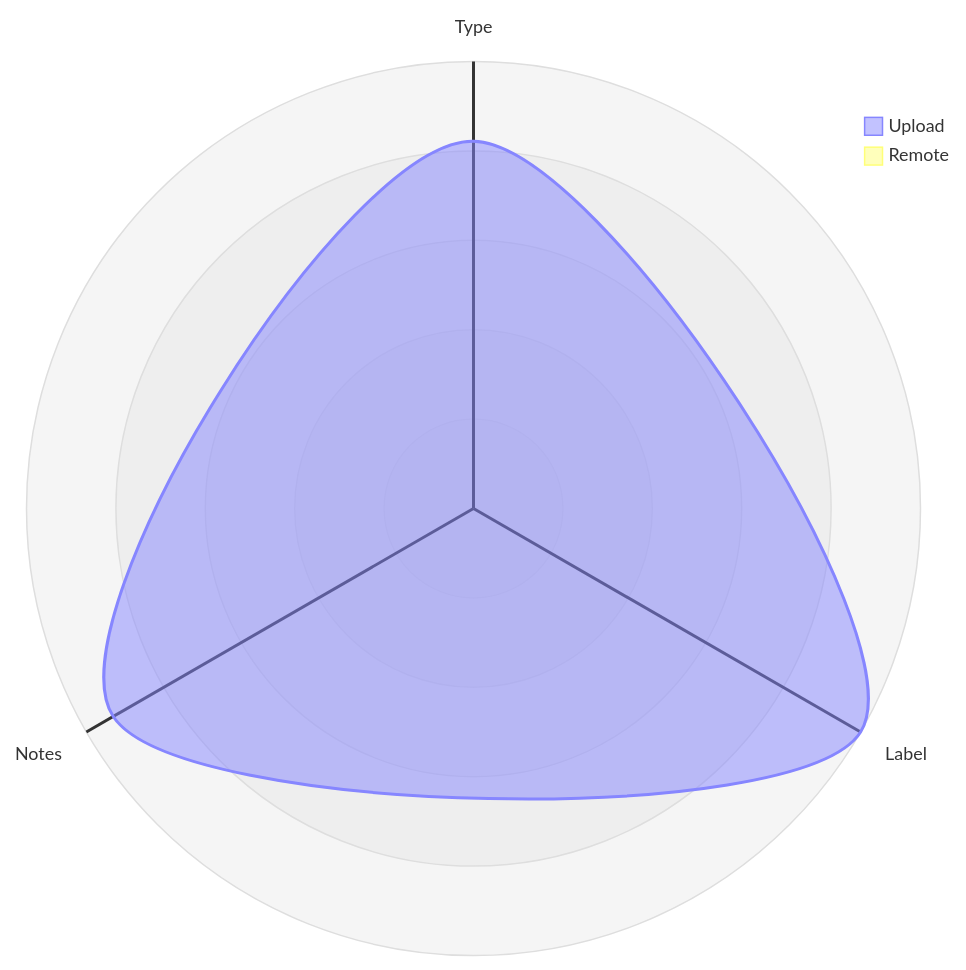
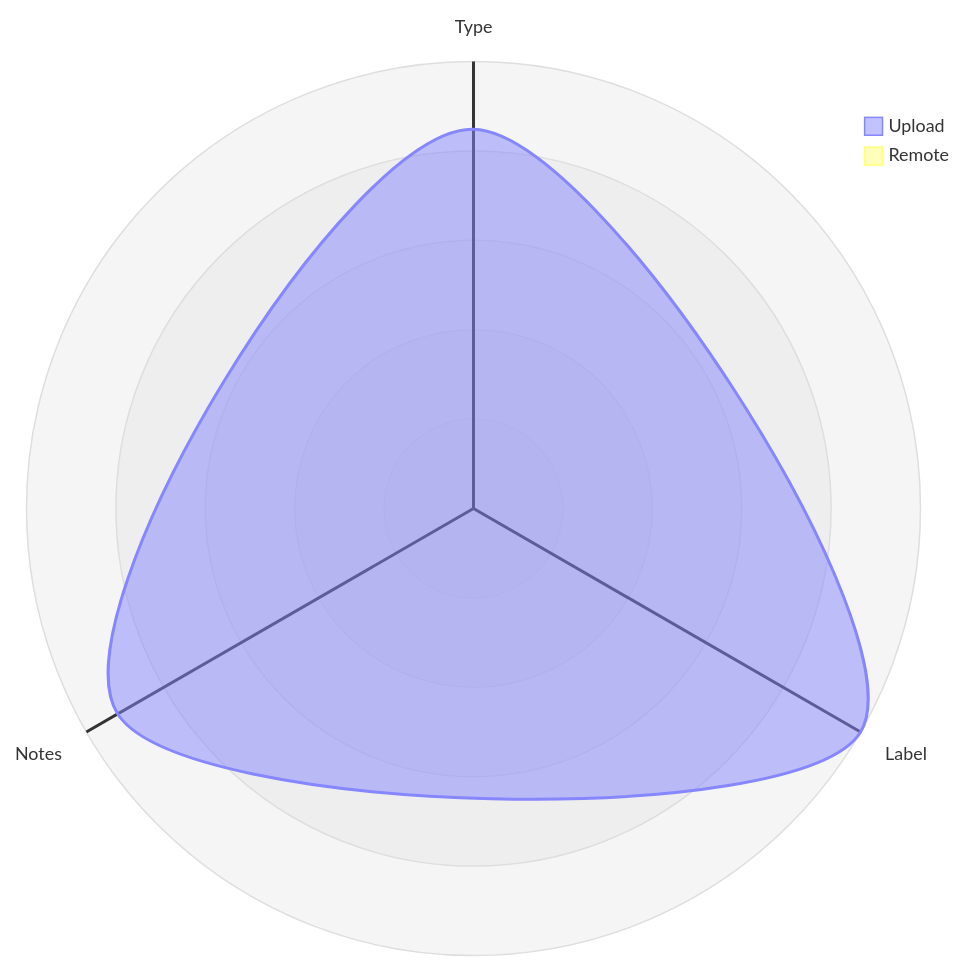
The third of 5 diagrams in datastore_tracker/README.md (open-data/analytics-corporate-reporting), drawn with Mermaid before and after one commit. The commit also changed 6 other files, not shown here.

````diff
--- a/datastore_tracker/README.md
+++ b/datastore_tracker/README.md
@@ -106,12 +106,12 @@
 ```mermaid
 radar-beta
   axis T["Type"], L["Label"], N["Notes"]
-  curve u["Upload"]{0.00083, 0.00101, 0.00094}
+  curve u["Upload"]{0.00084, 0.00099, 0.00091}
   curve r["Remote"]{0, 0, 0}
 
   showLegend true
 
   min 0
   graticule circle
   ticks 5
 ```
````
